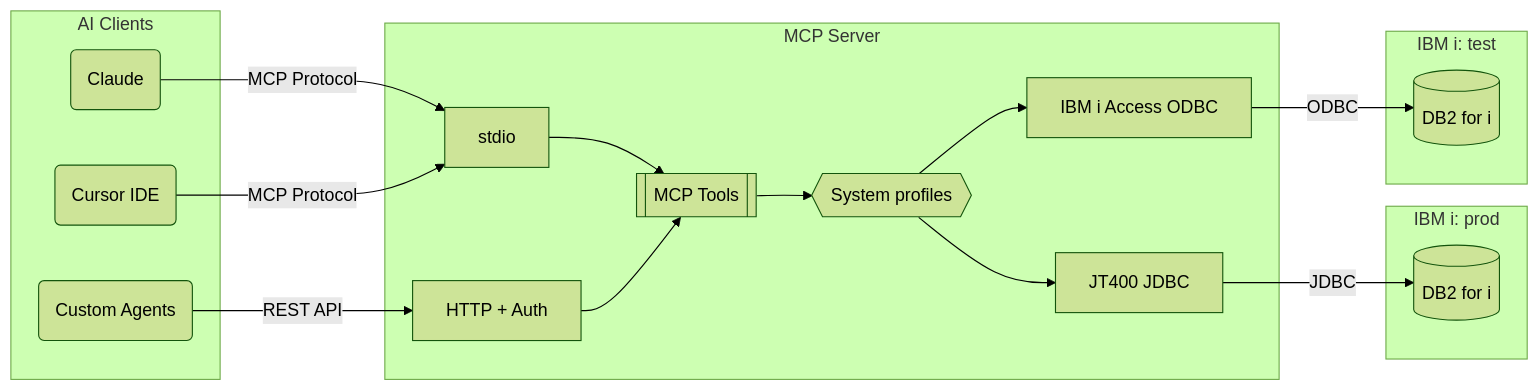
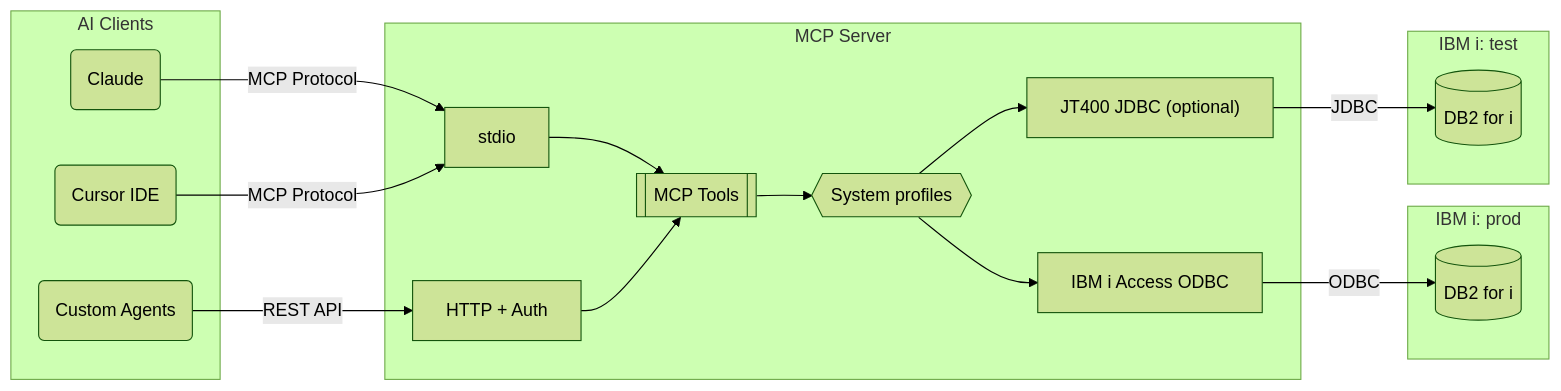
Before and after one commit to Strom-Capital/mcp-server-db2i: the diagram in docs/README.md, drawn with Mermaid (forest theme). The commit also changed other lines of this file and 25 other files, not shown here.

Commit message:
feat: make ODBC the default driver and JT400 optional (#102)

````diff
--- a/docs/README.md
+++ b/docs/README.md
@@ -27,33 +27,33 @@
 ```mermaid
 graph LR
     subgraph clients ["AI Clients"]
         claude("Claude")
         cursor("Cursor IDE")
         agents("Custom Agents")
     end
 
     subgraph server ["MCP Server"]
         stdio["stdio"]
         http["HTTP + Auth"]
         tools[["MCP Tools"]]
         profiles{{"System profiles"}}
-        jdbc["JT400 JDBC"]
         odbc["IBM i Access ODBC"]
+        jdbc["JT400 JDBC (optional)"]
     end
 
     subgraph prod ["IBM i: prod"]
         db2prod[("DB2 for i")]
     end
 
     subgraph test ["IBM i: test"]
         db2test[("DB2 for i")]
     end
 
     claude & cursor -->|MCP Protocol| stdio
     agents -->|REST API| http
     stdio & http --> tools
     tools --> profiles
-    profiles --> jdbc & odbc
-    jdbc -->|JDBC| db2prod
-    odbc -->|ODBC| db2test
+    profiles --> odbc & jdbc
+    odbc -->|ODBC| db2prod
+    jdbc -->|JDBC| db2test
 ```
````
